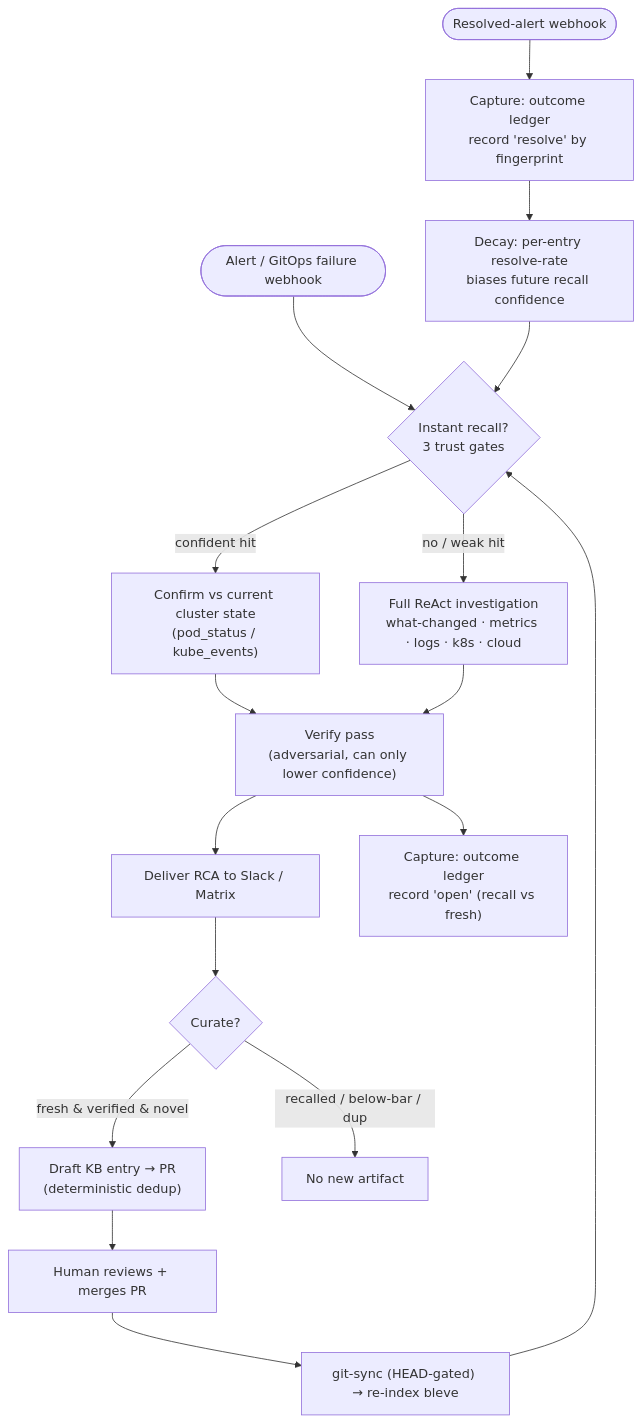
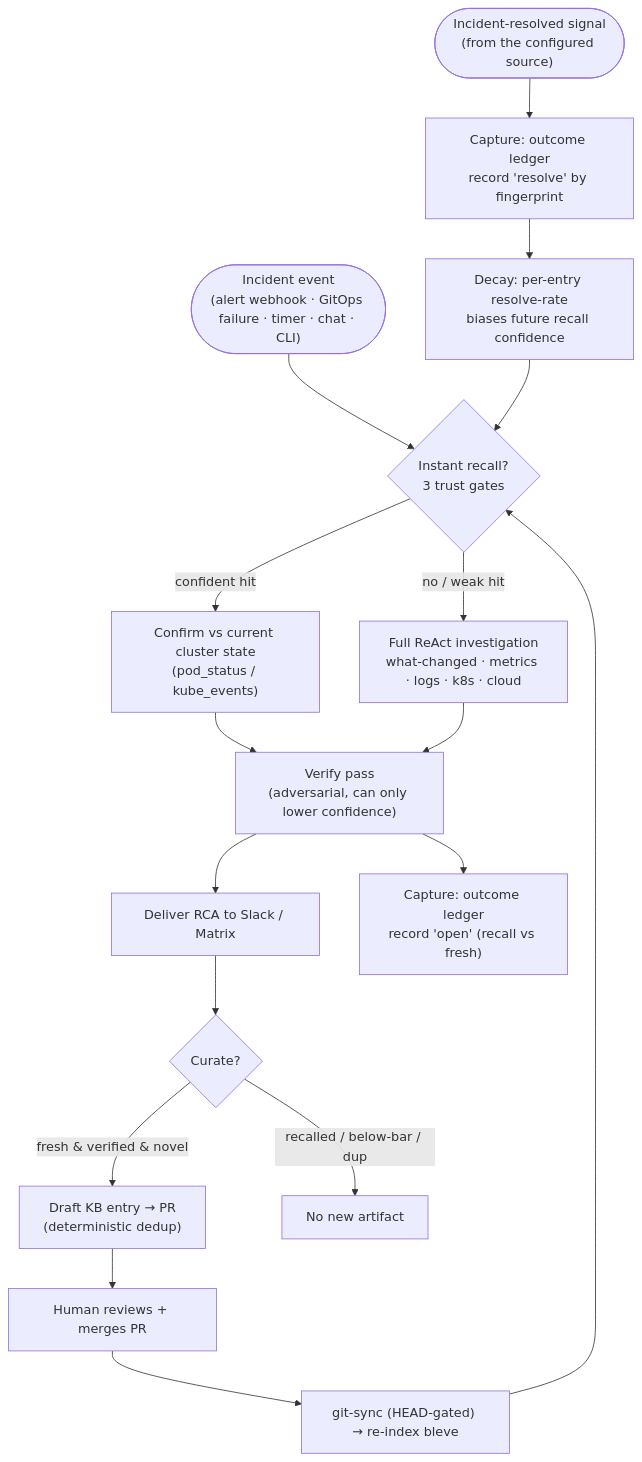
Before and after one commit to Smana/runlore: the second of 6 diagrams in docs/learning-loop.md, drawn with Mermaid. The commit also changed other lines of this file, not shown here.

First line of the commit message:
docs(learning-loop): event source is pluggable, not Alertmanager-specific (#91)

````diff
--- a/docs/learning-loop.md
+++ b/docs/learning-loop.md
@@ -56,19 +65,19 @@
 ```mermaid
 flowchart TD
-    A([Alert / GitOps failure webhook]) --> RT{"Instant recall?<br/>3 trust gates"}
+    A(["Incident event<br/>(alert webhook · GitOps failure · timer · chat · CLI)"]) --> RT{"Instant recall?<br/>3 trust gates"}
     RT -- "confident hit" --> CF["Confirm vs current cluster state<br/>(pod_status / kube_events)"]
     CF --> VF["Verify pass<br/>(adversarial, can only lower confidence)"]
     RT -- "no / weak hit" --> LOOP["Full ReAct investigation<br/>what-changed · metrics · logs · k8s · cloud"]
     LOOP --> VF
     VF --> DLV["Deliver RCA to Slack / Matrix"]
     VF --> CAP["Capture: outcome ledger<br/>record 'open' (recall vs fresh)"]
     DLV --> CUR{Curate?}
     CUR -- "fresh & verified & novel" --> PR["Draft KB entry → PR<br/>(deterministic dedup)"]
     CUR -- "recalled / below-bar / dup" --> SKIP["No new artifact"]
     PR --> HUM["Human reviews + merges PR"]
     HUM --> SYNC["git-sync (HEAD-gated) → re-index bleve"]
     SYNC --> RT
-    RESOLVED([Resolved-alert webhook]) --> CAP2["Capture: outcome ledger<br/>record 'resolve' by fingerprint"]
+    RESOLVED(["Incident-resolved signal<br/>(from the configured source)"]) --> CAP2["Capture: outcome ledger<br/>record 'resolve' by fingerprint"]
     CAP2 --> DECAY["Decay: per-entry resolve-rate<br/>biases future recall confidence"]
     DECAY --> RT
 ```
````
